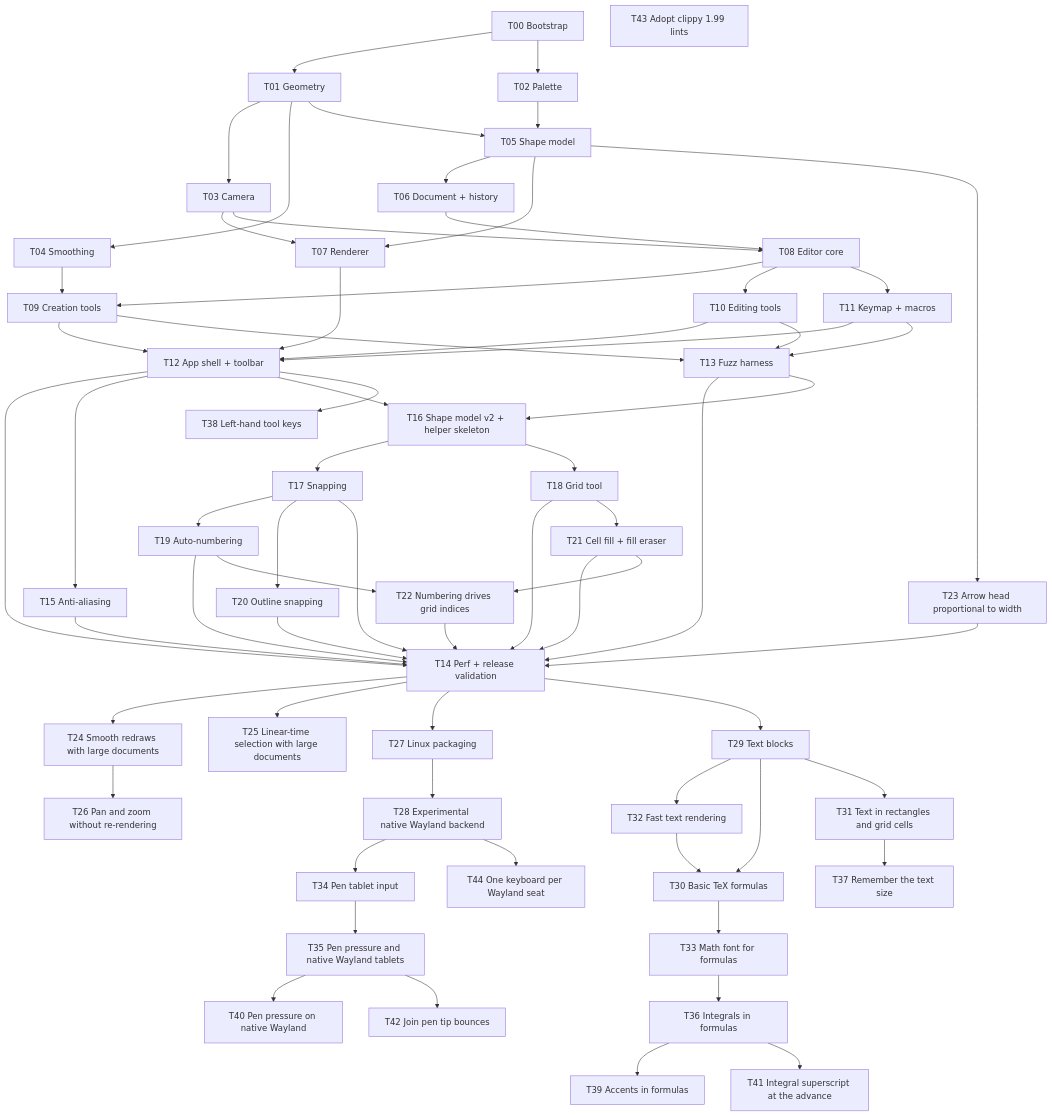
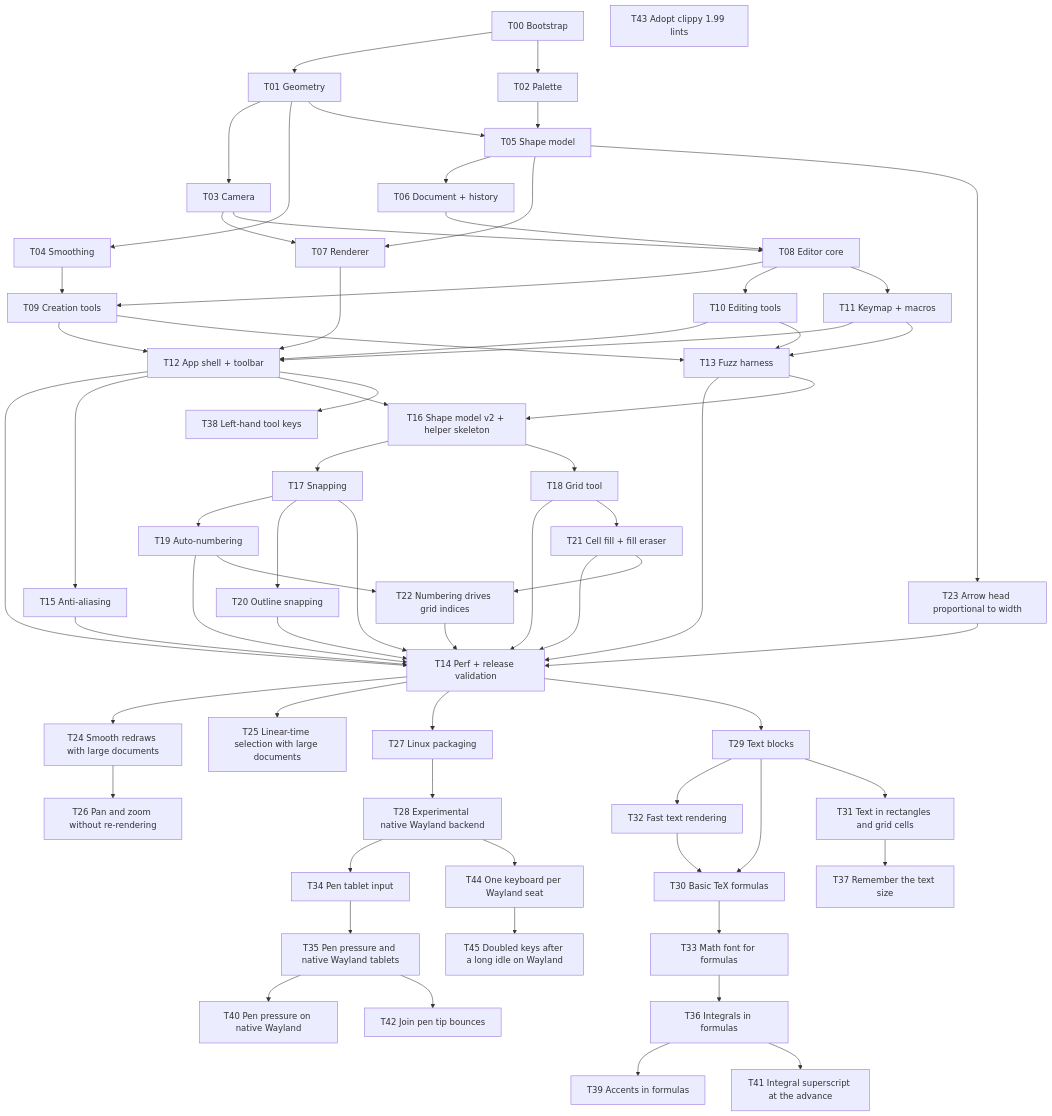
The diagram in docs/tasks/Task Board.md (UmBender/draw), drawn with Mermaid before and after one commit. The commit also changed other lines of this file and 1 other file, not shown here.

First line of the commit message:
docs: add T45 doubled keys after a long idle on Wayland task note

````diff
--- a/docs/tasks/Task Board.md
+++ b/docs/tasks/Task Board.md
@@ -12,68 +12,69 @@
 ```mermaid
 flowchart TD
   T00[T00 Bootstrap] --> T01[T01 Geometry]
   T00 --> T02[T02 Palette]
   T01 --> T03[T03 Camera]
   T01 --> T04[T04 Smoothing]
   T01 --> T05[T05 Shape model]
   T02 --> T05
   T05 --> T06[T06 Document + history]
   T03 --> T07[T07 Renderer]
   T05 --> T07
   T03 --> T08[T08 Editor core]
   T06 --> T08
   T08 --> T09[T09 Creation tools]
   T04 --> T09
   T08 --> T10[T10 Editing tools]
   T08 --> T11[T11 Keymap + macros]
   T07 --> T12[T12 App shell + toolbar]
   T09 --> T12
   T10 --> T12
   T11 --> T12
   T09 --> T13[T13 Fuzz harness]
   T10 --> T13
   T11 --> T13
   T12 --> T14[T14 Perf + release validation]
   T13 --> T14
   T12 --> T15[T15 Anti-aliasing]
   T12 --> T16[T16 Shape model v2 + helper skeleton]
   T13 --> T16
   T16 --> T17[T17 Snapping]
   T16 --> T18[T18 Grid tool]
   T17 --> T19[T19 Auto-numbering]
   T17 --> T20[T20 Outline snapping]
   T15 --> T14
   T17 --> T14
   T18 --> T14
   T19 --> T14
   T20 --> T14
   T18 --> T21[T21 Cell fill + fill eraser]
   T21 --> T14
   T19 --> T22[T22 Numbering drives grid indices]
   T21 --> T22
   T22 --> T14
   T05 --> T23[T23 Arrow head proportional to width]
   T23 --> T14
   T14 --> T24[T24 Smooth redraws with large documents]
   T14 --> T25[T25 Linear-time selection with large documents]
   T24 --> T26[T26 Pan and zoom without re-rendering]
   T14 --> T27[T27 Linux packaging]
   T27 --> T28[T28 Experimental native Wayland backend]
   T14 --> T29[T29 Text blocks]
   T29 --> T32[T32 Fast text rendering]
   T32 --> T30[T30 Basic TeX formulas]
   T29 --> T30
   T29 --> T31[T31 Text in rectangles and grid cells]
   T30 --> T33[T33 Math font for formulas]
   T28 --> T34[T34 Pen tablet input]
   T34 --> T35[T35 Pen pressure and native Wayland tablets]
   T33 --> T36[T36 Integrals in formulas]
   T31 --> T37[T37 Remember the text size]
   T12 --> T38[T38 Left-hand tool keys]
   T36 --> T39[T39 Accents in formulas]
   T35 --> T40[T40 Pen pressure on native Wayland]
   T36 --> T41[T41 Integral superscript at the advance]
   T35 --> T42[T42 Join pen tip bounces]
   T43[T43 Adopt clippy 1.99 lints]
   T28 --> T44[T44 One keyboard per Wayland seat]
+  T44 --> T45[T45 Doubled keys after a long idle on Wayland]
 ```
````
